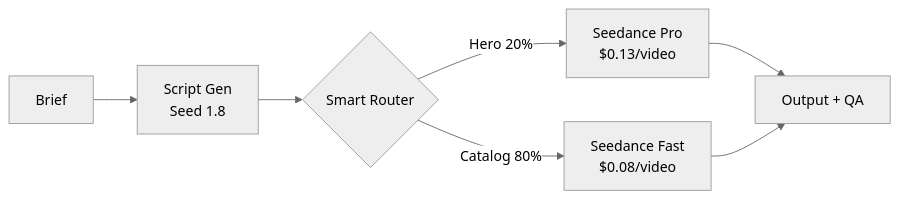
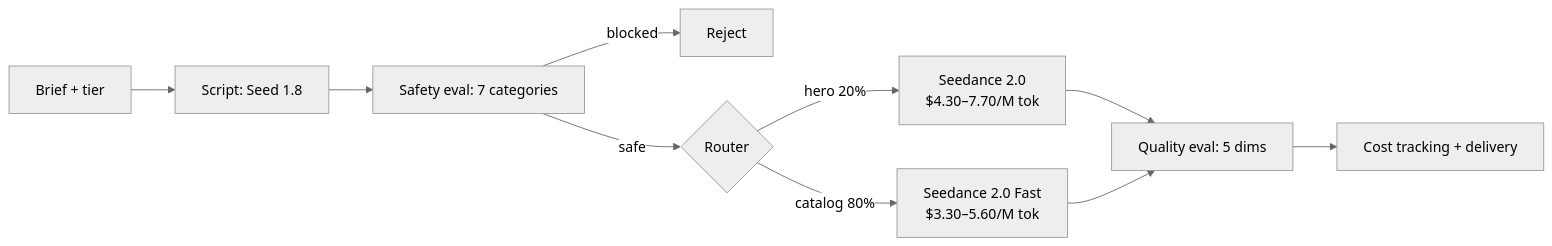
One commit to suboss87/SeedCamp2.0 changed the diagram in README.md. Above: the diagram before and after it, drawn with Mermaid (neutral theme). The commit also changed other lines of this file and 4 other files, not shown here.

````diff
--- a/README.md
+++ b/README.md
@@ -19,9 +129,12 @@
 ```mermaid
 graph LR
-    A[Brief] --> B[Script Gen<br/>Seed 1.8]
-    B --> C{Smart Router}
-    C -->|Hero 20%| D[Seedance Pro<br/>$0.13/video]
-    C -->|Catalog 80%| E[Seedance Fast<br/>$0.08/video]
-    D --> F[Output + QA]
-    E --> F
+    A[Brief + tier] --> B[Script: Seed 1.8]
+    B --> C[Safety eval: 7 categories]
+    C -->|blocked| X[Reject]
+    C -->|safe| D{Router}
+    D -->|hero 20%| E[Seedance 2.0<br/>$4.30–7.70/M tok]
+    D -->|catalog 80%| F[Seedance 2.0 Fast<br/>$3.30–5.60/M tok]
+    E --> G[Quality eval: 5 dims]
+    F --> G
+    G --> H[Cost tracking + delivery]
 ```
````
